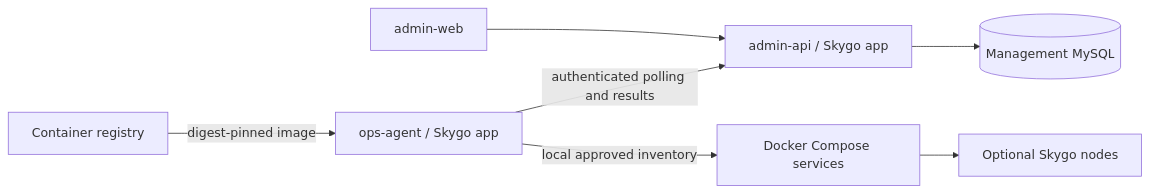
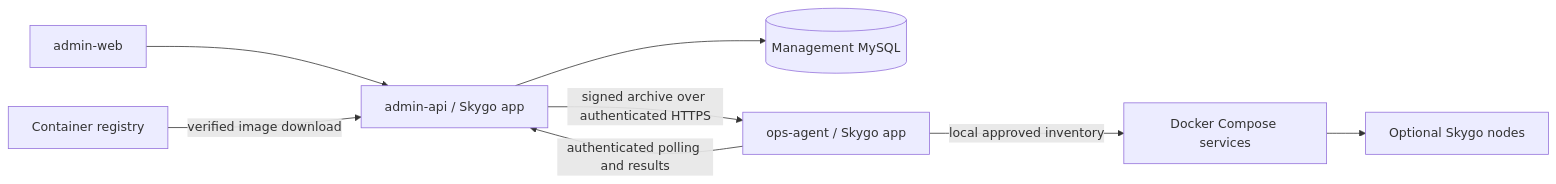
Before and after one commit to alpha2z/skygo-admin: the diagram in docs/architecture.md, drawn with Mermaid. The commit also changed 59 other files, not shown here.

Commit message:
Centralize image delivery and add independent Agent self-update

````diff
--- a/docs/architecture.md
+++ b/docs/architecture.md
@@ -7,9 +7,10 @@
 ```mermaid
 flowchart LR
   Browser[admin-web] --> API[admin-api / Skygo app]
   API --> DB[(Management MySQL)]
   Agent[ops-agent / Skygo app] -->|authenticated polling and results| API
   Agent -->|local approved inventory| Docker[Docker Compose services]
-  Registry[Container registry] -->|digest-pinned image| Agent
+  Registry[Container registry] -->|verified image download| API
+  API -->|signed archive over authenticated HTTPS| Agent
   Docker --> Nodes[Optional Skygo nodes]
 ```
````
